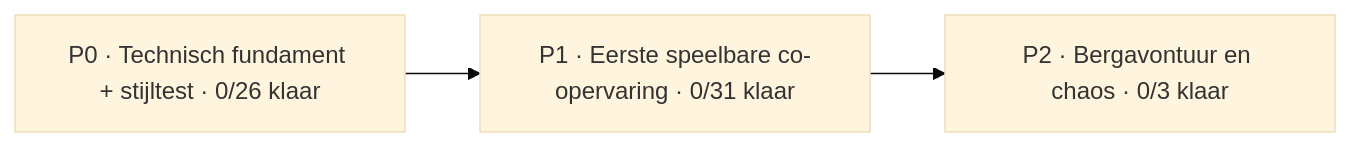
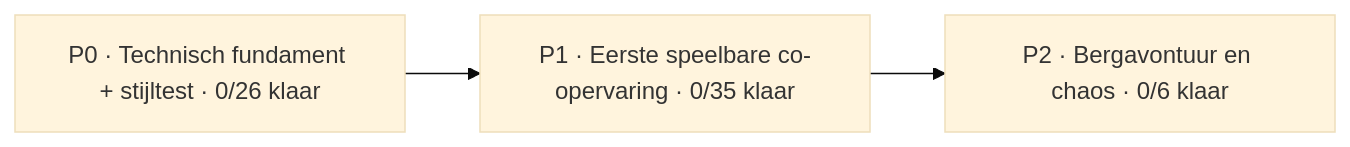
Before and after one commit to mlemson/conductor-chaos: the diagram in Docs/PROJECT_BOARD.md, drawn with Mermaid (base theme). The commit also changed other lines of this file, not shown here.

````diff
--- a/Docs/PROJECT_BOARD.md
+++ b/Docs/PROJECT_BOARD.md
@@ -13,7 +13,7 @@
 ```mermaid
 flowchart LR
     P0["P0 · Technisch fundament + stijltest · 0/26 klaar"]
-    P1["P1 · Eerste speelbare co-opervaring · 0/31 klaar"]
-    P2["P2 · Bergavontuur en chaos · 0/3 klaar"]
+    P1["P1 · Eerste speelbare co-opervaring · 0/35 klaar"]
+    P2["P2 · Bergavontuur en chaos · 0/6 klaar"]
     P0 --> P1 --> P2
 ```
````
